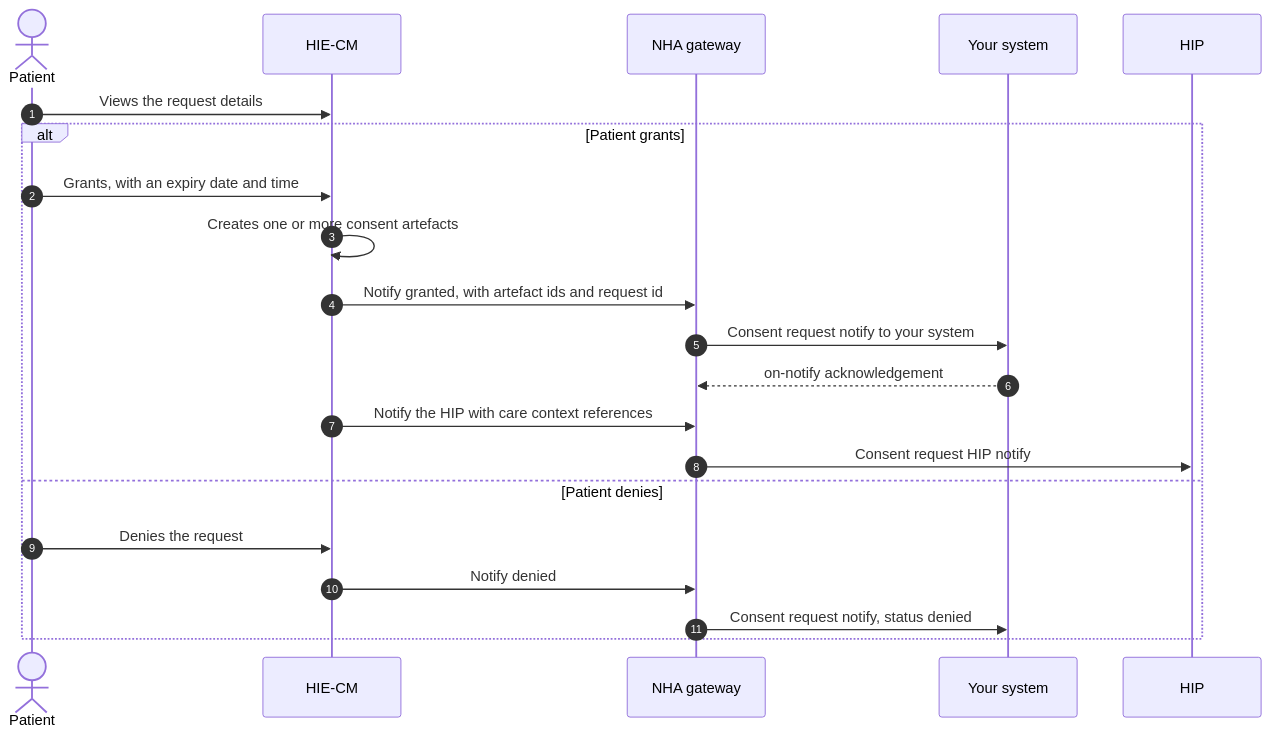
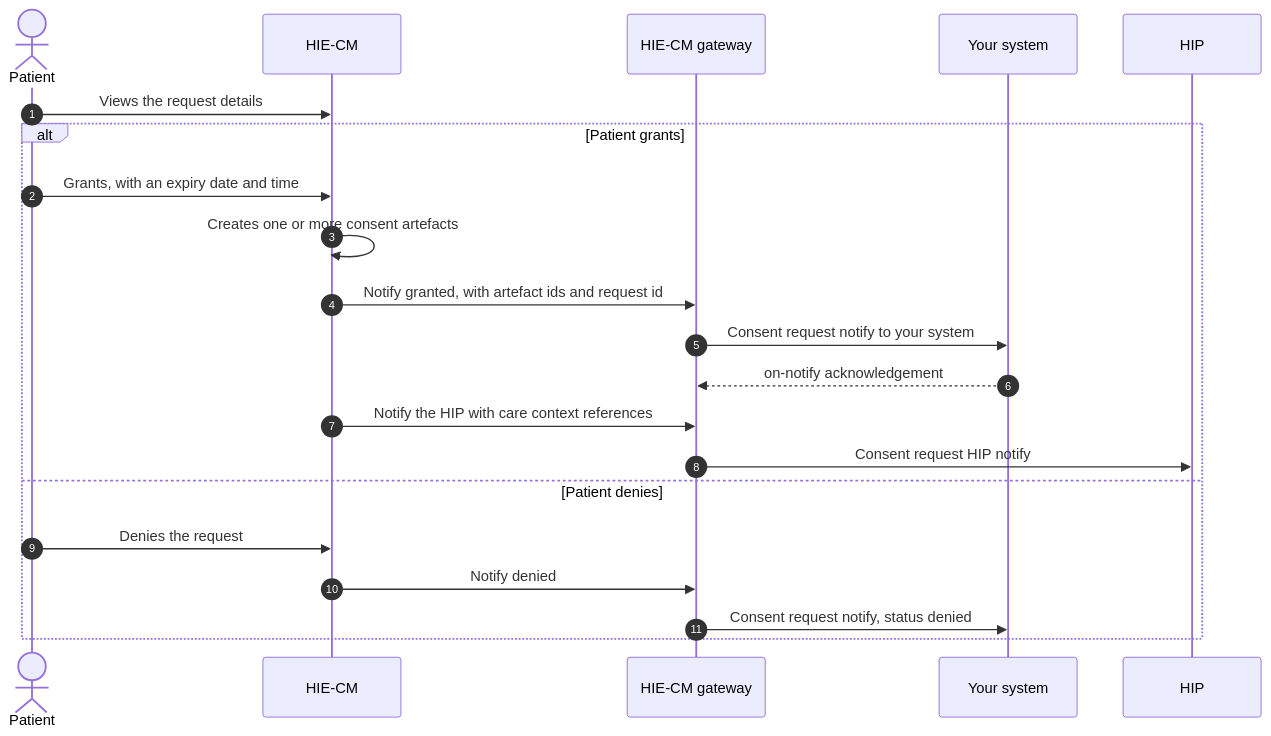
The second of 3 diagrams in site/docs/hiecm/v3/milestones/m3.mdx (nha-in/docs), drawn with Mermaid before and after one commit. The commit also changed other lines of this file and 42 other files, not shown here.

````diff
--- a/site/docs/hiecm/v3/milestones/m3.mdx
+++ b/site/docs/hiecm/v3/milestones/m3.mdx
@@ -139,23 +137,23 @@
 ```mermaid
 sequenceDiagram
     autonumber
     actor P as Patient
     participant C as HIE-CM
-    participant G as NHA gateway
+    participant G as HIE-CM gateway
     participant S as Your system
     participant H as HIP
     P->>C: Views the request details
     alt Patient grants
         P->>C: Grants, with an expiry date and time
         C->>C: Creates one or more consent artefacts
         C->>G: Notify granted, with artefact ids and request id
         G->>S: Consent request notify to your system
         S-->>G: on-notify acknowledgement
         C->>G: Notify the HIP with care context references
         G->>H: Consent request HIP notify
     else Patient denies
         P->>C: Denies the request
         C->>G: Notify denied
         G->>S: Consent request notify, status denied
     end
 ```
````
